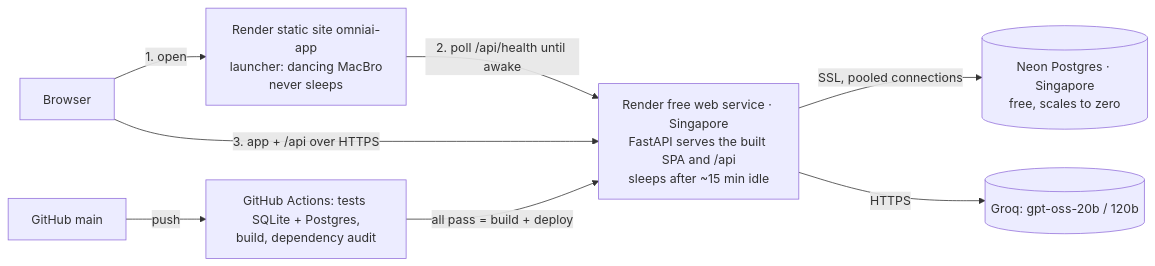
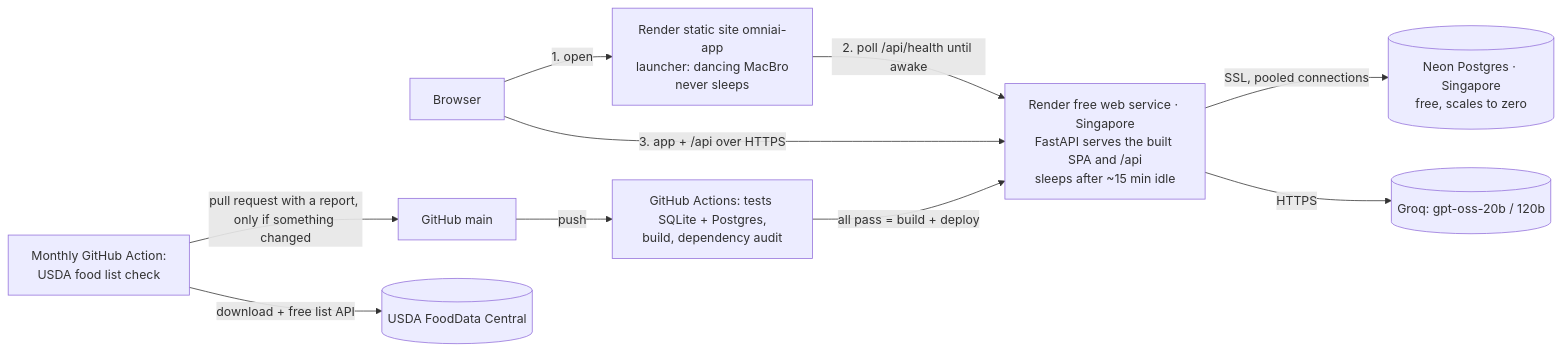
Before and after one commit to NeoAnushka21/tracker_poc: the third of 9 diagrams in docs/hld.md, drawn with Mermaid. The commit also changed other lines of this file and 7 other files, not shown here.

First line of the commit message:
Monthly USDA check of the general food list (GitHub Action, free)

````diff
--- a/docs/hld.md
+++ b/docs/hld.md
@@ -69,10 +69,12 @@
 ```mermaid
 flowchart LR
     U[Browser] -->|1. open| L["Render static site omniai-app<br/>launcher: dancing MacBro<br/>never sleeps"]
     L -->|2. poll /api/health until awake| R
     U -->|3. app + /api over HTTPS| R["Render free web service · Singapore<br/>FastAPI serves the built SPA and /api<br/>sleeps after ~15 min idle"]
     R -->|SSL, pooled connections| N[("Neon Postgres · Singapore<br/>free, scales to zero")]
     R -->|HTTPS| G[(Groq: gpt-oss-20b / 120b)]
     GH[GitHub main] -->|push| CI[GitHub Actions: tests SQLite + Postgres,<br/>build, dependency audit]
     CI -->|all pass = build + deploy| R
+    M[Monthly GitHub Action:<br/>USDA food list check] -->|download + free list API| USDA[(USDA FoodData Central)]
+    M -->|pull request with a report, only if something changed| GH
 ```
````
